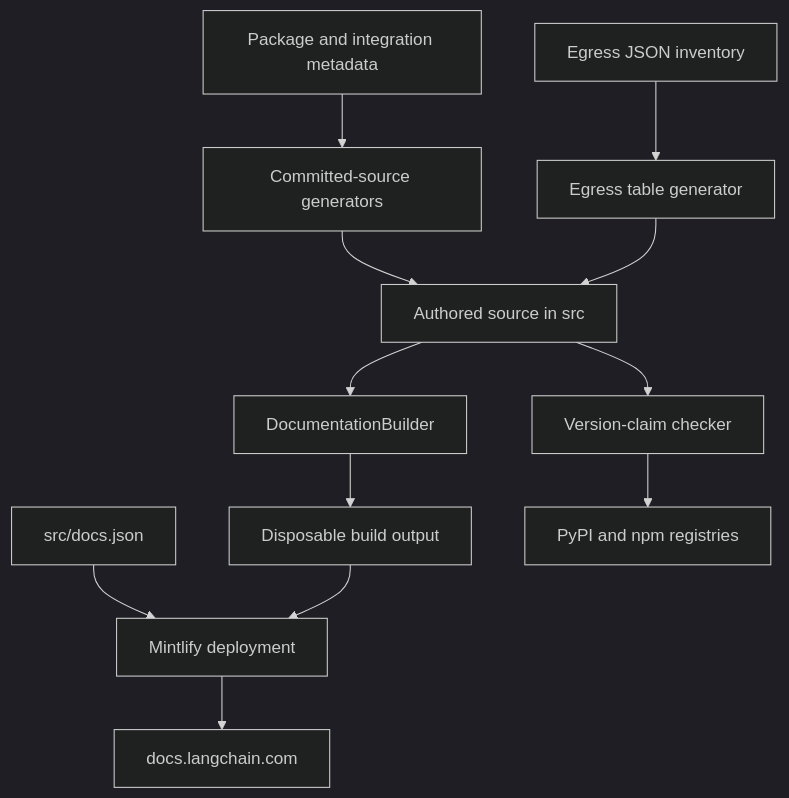
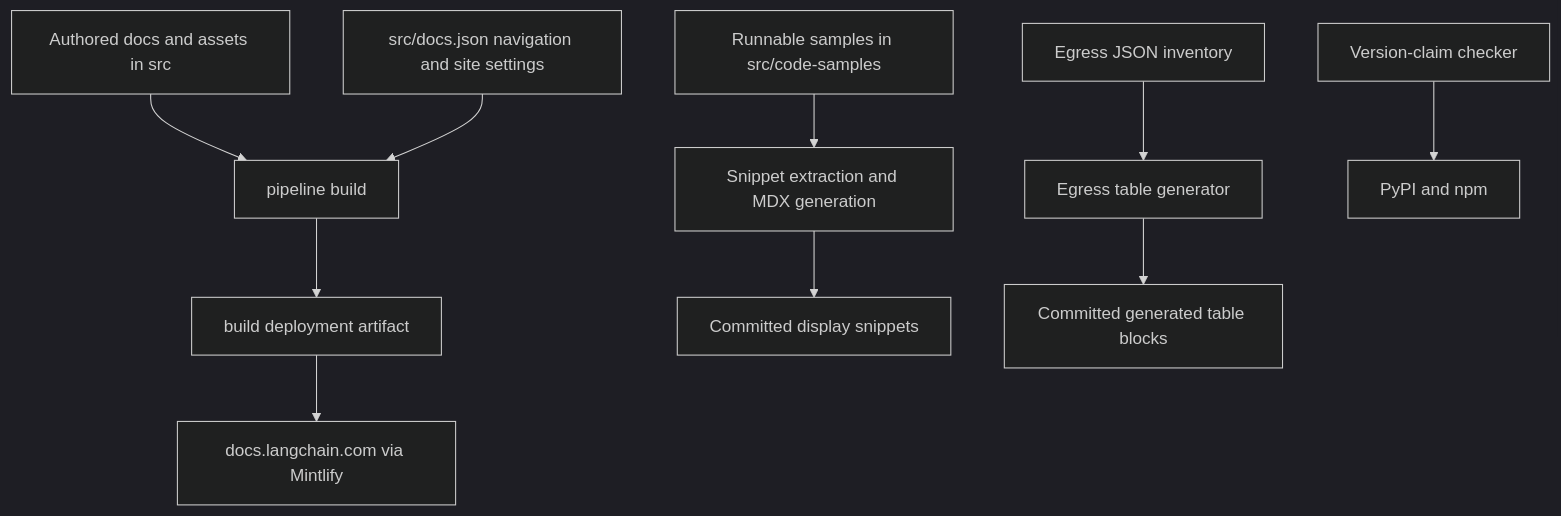
One commit to langchain-ai/docs changed the diagram in openwiki/architecture/source-map.md. Above: the diagram before and after it, drawn with Mermaid (dark theme). The commit also changed other lines of this file and 47 other files, not shown here.

````diff
--- a/openwiki/architecture/source-map.md
+++ b/openwiki/architecture/source-map.md
@@ -29,14 +55,12 @@
 ```mermaid
 flowchart TD
-    Source["Authored source in src"] --> Builder["DocumentationBuilder"]
-    Builder --> Output["Disposable build output"]
-    Config["src/docs.json"] --> Mintlify["Mintlify deployment"]
-    Output --> Mintlify
-    Mintlify --> Site["docs.langchain.com"]
-    Metadata["Package and integration metadata"] --> Generators["Committed-source generators"]
-    Generators --> Source
-    Inventory["Egress JSON inventory"] --> EgressGenerator["Egress table generator"]
-    EgressGenerator --> Source
-    Source --> VersionChecker["Version-claim checker"]
-    VersionChecker --> Registries["PyPI and npm registries"]
+    Authored["Authored docs and assets in src"] --> Pipeline["pipeline build"]
+    Nav["src/docs.json navigation and site settings"] --> Pipeline
+    Pipeline --> Build["build deployment artifact"]
+    Build --> Site["docs.langchain.com via Mintlify"]
+    Samples["Runnable samples in src/code-samples"] --> SnippetTools["Snippet extraction and MDX generation"]
+    SnippetTools --> Snippets["Committed display snippets"]
+    Inventory["Egress JSON inventory"] --> EgressTool["Egress table generator"]
+    EgressTool --> Pages["Committed generated table blocks"]
+    VersionCheck["Version-claim checker"] --> Registries["PyPI and npm"]
 ```
````
